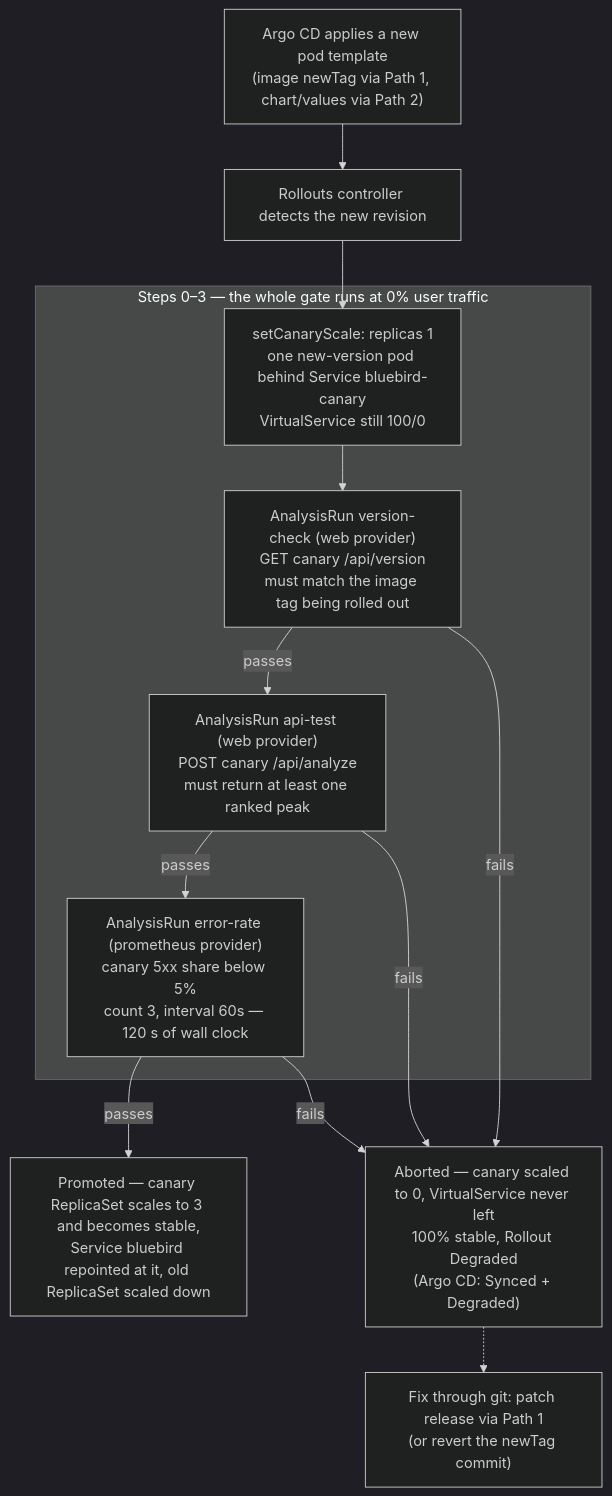
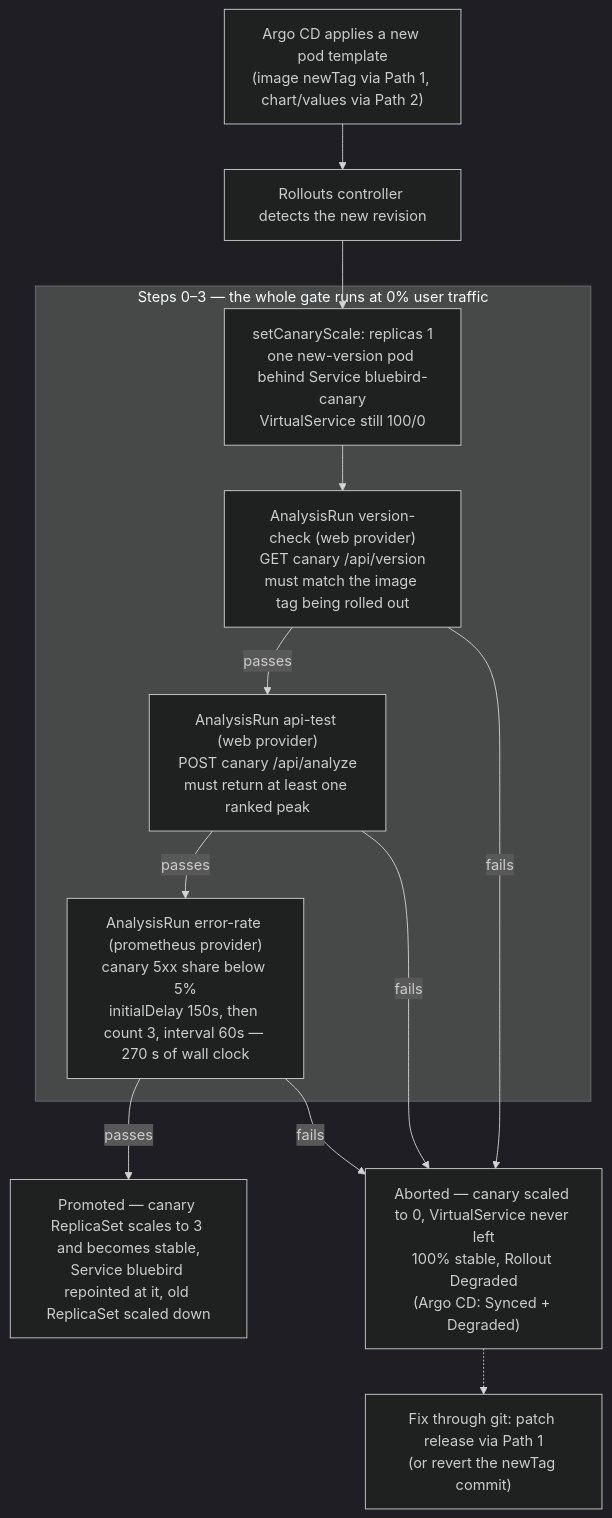
The third of 6 diagrams in docs/CICD.md (zimmertr/bluebird), drawn with Mermaid (dark theme) before and after one commit. The commit also changed other lines of this file, not shown here.

First line of the commit message:
docs: describe the canary error-rate delay and minimum count

````diff
--- a/docs/CICD.md
+++ b/docs/CICD.md
@@ -357,25 +357,25 @@
 ```mermaid
 flowchart TD
     apply["Argo CD applies a new pod template<br/>(image newTag via Path 1, chart/values via Path 2)"]
     detect["Rollouts controller detects the new revision"]
 
     subgraph GATE["Steps 0–3 — the whole gate runs at 0% user traffic"]
         scale["setCanaryScale: replicas 1<br/>one new-version pod behind Service bluebird-canary<br/>VirtualService still 100/0"]
         vc["AnalysisRun version-check (web provider)<br/>GET canary /api/version<br/>must match the image tag being rolled out"]
         at["AnalysisRun api-test (web provider)<br/>POST canary /api/analyze<br/>must return at least one ranked peak"]
-        er["AnalysisRun error-rate (prometheus provider)<br/>canary 5xx share below 5%<br/>count 3, interval 60s — 120 s of wall clock"]
+        er["AnalysisRun error-rate (prometheus provider)<br/>canary 5xx share below 5%<br/>initialDelay 150s, then count 3, interval 60s — 270 s of wall clock"]
     end
 
     done["Promoted — canary ReplicaSet scales to 3 and becomes stable,<br/>Service bluebird repointed at it, old ReplicaSet scaled down"]
     abort["Aborted — canary scaled to 0, VirtualService never left<br/>100% stable, Rollout Degraded<br/>(Argo CD: Synced + Degraded)"]
     fix["Fix through git: patch release via Path 1<br/>(or revert the newTag commit)"]
 
     apply --> detect --> scale --> vc
     vc -->|"passes"| at
     at -->|"passes"| er
     er -->|"passes"| done
     vc -->|"fails"| abort
     at -->|"fails"| abort
     er -->|"fails"| abort
     abort -.-> fix
 ```
````
